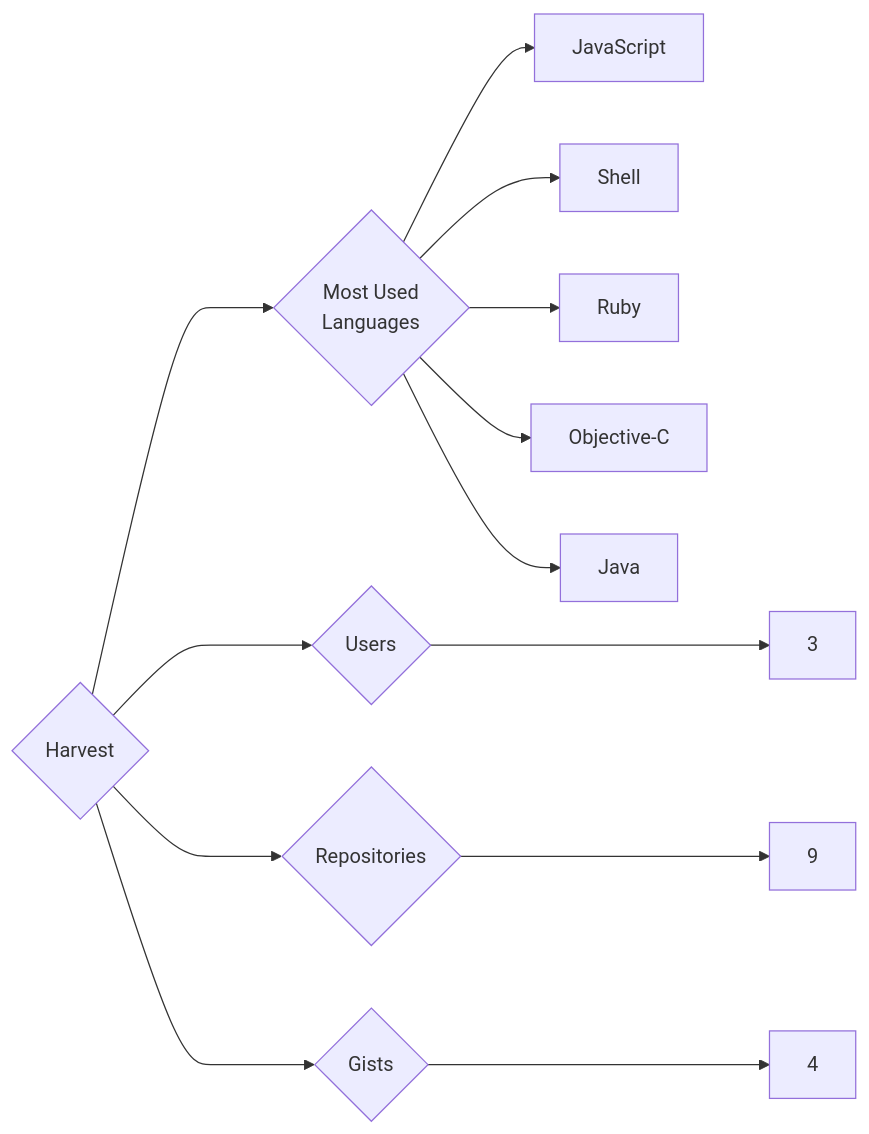
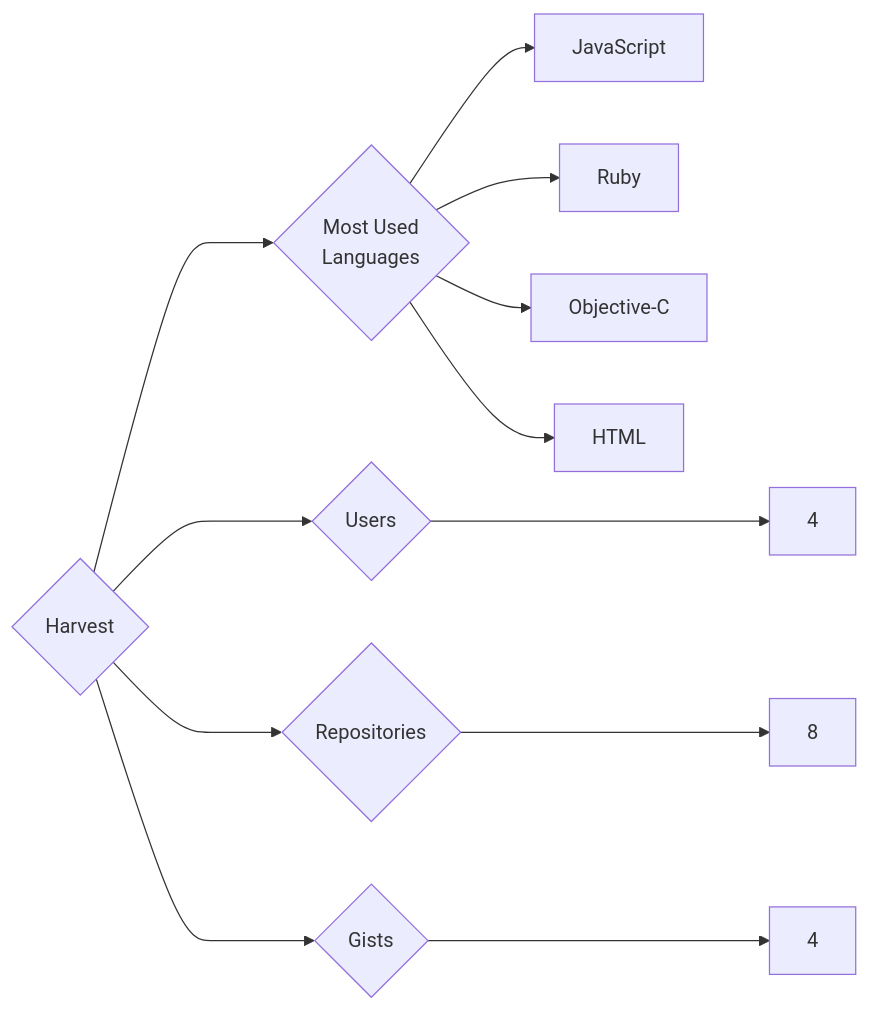
The diagram in targets/Harvest/README.md (trickest/insiders), drawn with Mermaid before and after one commit. The commit also changed 933 other files, not shown here.

````diff
--- a/targets/Harvest/README.md
+++ b/targets/Harvest/README.md
@@ -3,13 +3,12 @@
 ```mermaid
 graph LR
 COMPANY_NAME{Harvest}
-COMPANY_NAME ---> U{Users} ---> UN[3]
-COMPANY_NAME ---> R{Repositories} ---> RN[9]
+COMPANY_NAME ---> U{Users} ---> UN[4]
+COMPANY_NAME ---> R{Repositories} ---> RN[8]
 COMPANY_NAME ---> G{Gists} ---> GN[4]
 COMPANY_NAME ---> ML{Most Used<br>Languages}
 ML --> JavaScript[JavaScript]
-ML --> Shell[Shell]
 ML --> Ruby[Ruby]
 ML --> Objective-C[Objective-C]
-ML --> Java[Java]
+ML --> HTML[HTML]
 ```
````
